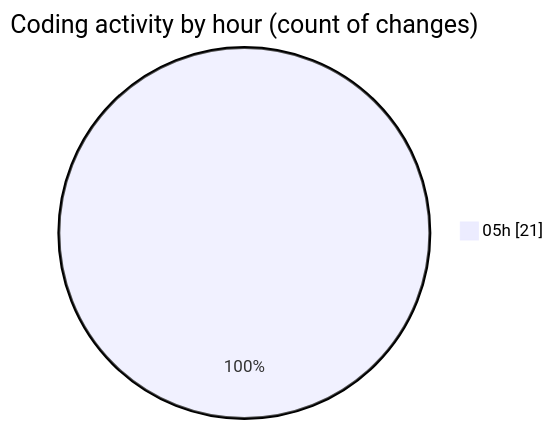
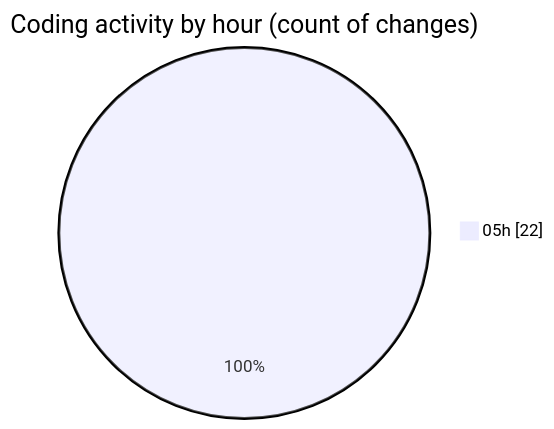
The second of 2 diagrams in 2024-12-30/rareicon/README.md (ernivani/code-tracking), drawn with Mermaid before and after one commit. The commit also changed other lines of this file and 2 other files, not shown here.

````diff
--- a/2024-12-30/rareicon/README.md
+++ b/2024-12-30/rareicon/README.md
@@ -32,5 +34,5 @@
 ```mermaid
 pie showData
 title Coding activity by hour (count of changes)
-"05h" : 21
+"05h" : 22
 ```
````
